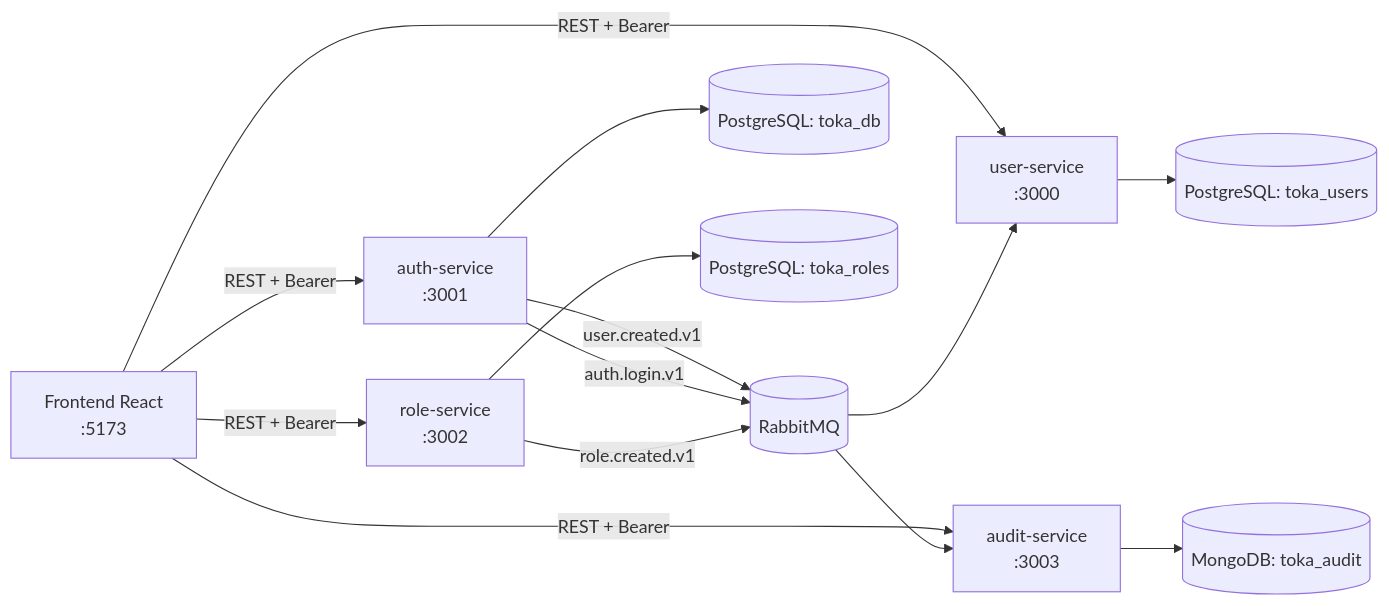
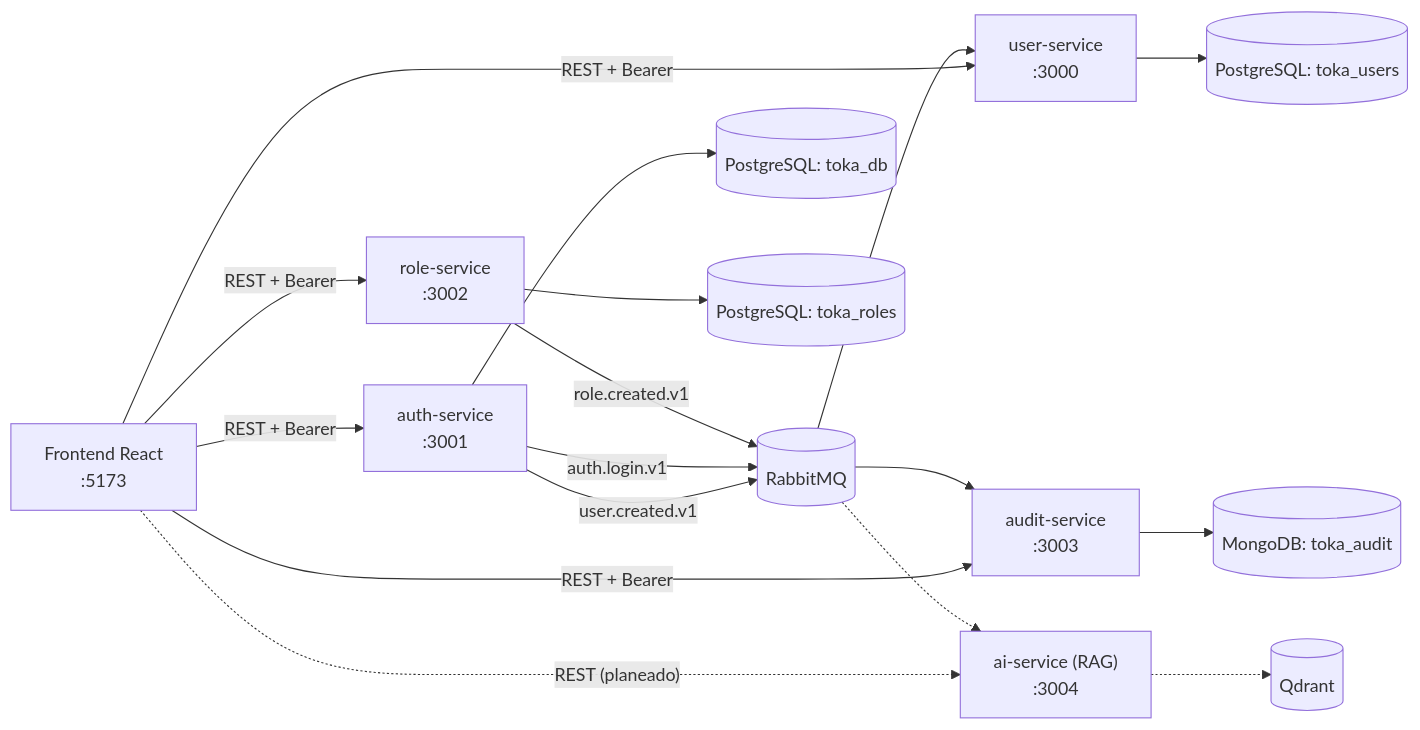
Before and after one commit to eduardo343/toka-technical-test-: the diagram in README.md, drawn with Mermaid. The commit also changed other lines of this file and 5 other files, not shown here.

````diff
--- a/README.md
+++ b/README.md
@@ -35,19 +38,22 @@
 ```mermaid
 flowchart LR
   FE["Frontend React\n:5173"] -->|"REST + Bearer"| AUTH["auth-service\n:3001"]
   FE -->|"REST + Bearer"| USER["user-service\n:3000"]
   FE -->|"REST + Bearer"| ROLE["role-service\n:3002"]
   FE -->|"REST + Bearer"| AUDIT["audit-service\n:3003"]
+  FE -.->|"REST (planeado)"| AI["ai-service (RAG)\n:3004"]
 
   AUTH -->|"user.created.v1"| RMQ[(RabbitMQ)]
   AUTH -->|"auth.login.v1"| RMQ
   ROLE -->|"role.created.v1"| RMQ
 
   RMQ --> USER
   RMQ --> AUDIT
+  RMQ -.-> AI
 
   AUTH --> PG[(PostgreSQL: toka_db)]
   USER --> PGU[(PostgreSQL: toka_users)]
   ROLE --> PGR[(PostgreSQL: toka_roles)]
   AUDIT --> MONGO[(MongoDB: toka_audit)]
+  AI -.-> QDR[(Qdrant)]
 ```
````
